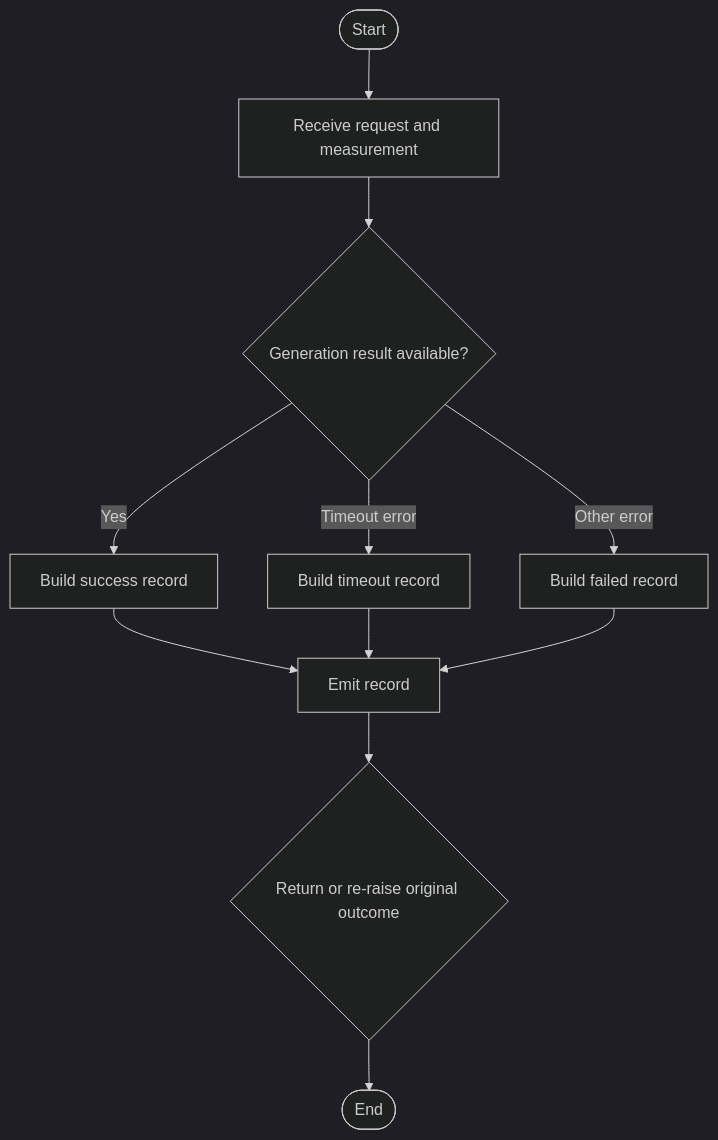
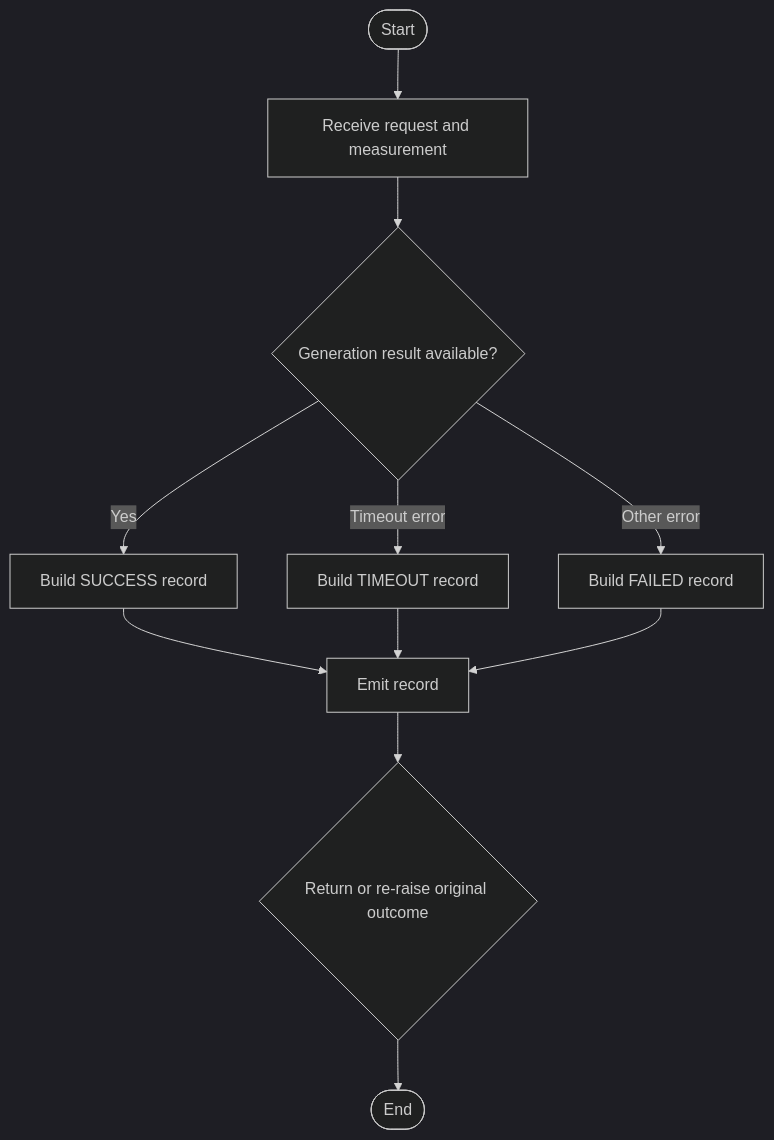
The diagram in app/core/docs/system/llm-logger/processes/record-llm-call.md (DelgadoArlee/cv-brewer), drawn with Mermaid (dark theme) before and after one commit. The commit also changed other lines of this file and 137 other files, not shown here.

`````diff
--- a/app/core/docs/system/llm-logger/processes/record-llm-call.md
+++ b/app/core/docs/system/llm-logger/processes/record-llm-call.md
@@ -33,13 +34,13 @@
 ```` mermaid
 flowchart TD
     A([Start]) --> B[Receive request and measurement]
     B --> C{Generation result available?}
-    C -->|Yes| D[Build success record]
-    C -->|Timeout error| E[Build timeout record]
-    C -->|Other error| F[Build failed record]
+    C -->|Yes| D[Build SUCCESS record]
+    C -->|Timeout error| E[Build TIMEOUT record]
+    C -->|Other error| F[Build FAILED record]
     D --> G[Emit record]
     E --> G
     F --> G
     G --> H{Return or re-raise original outcome}
     H --> I([End])
 ````
`````
